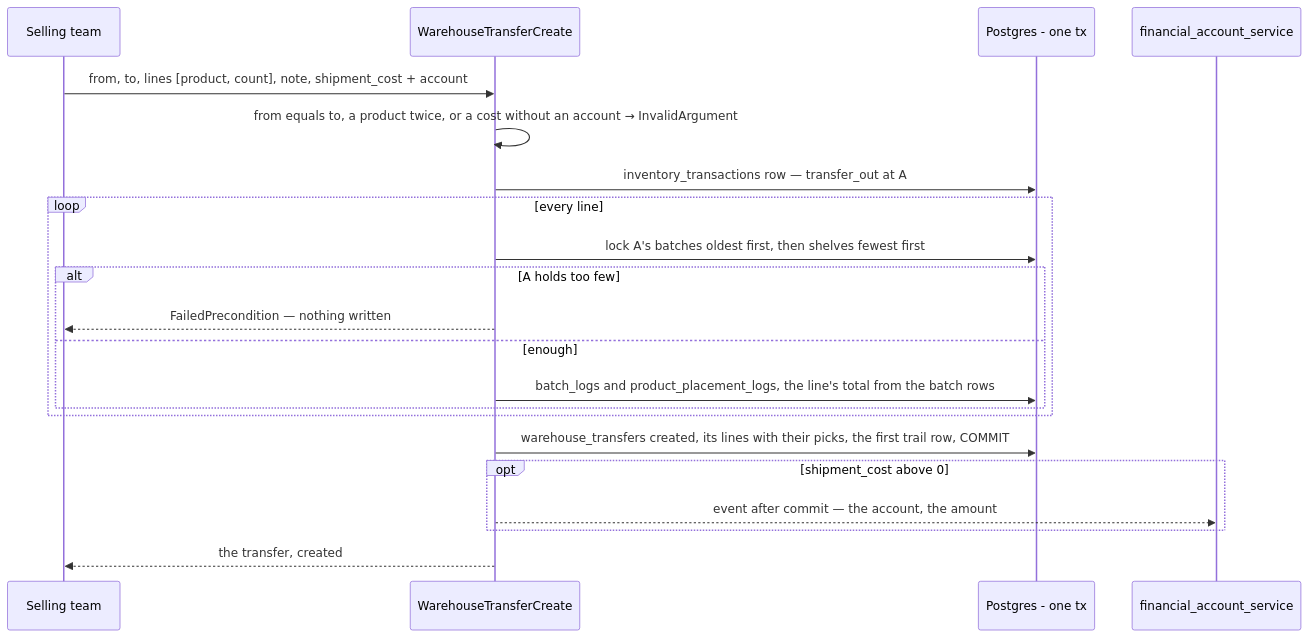
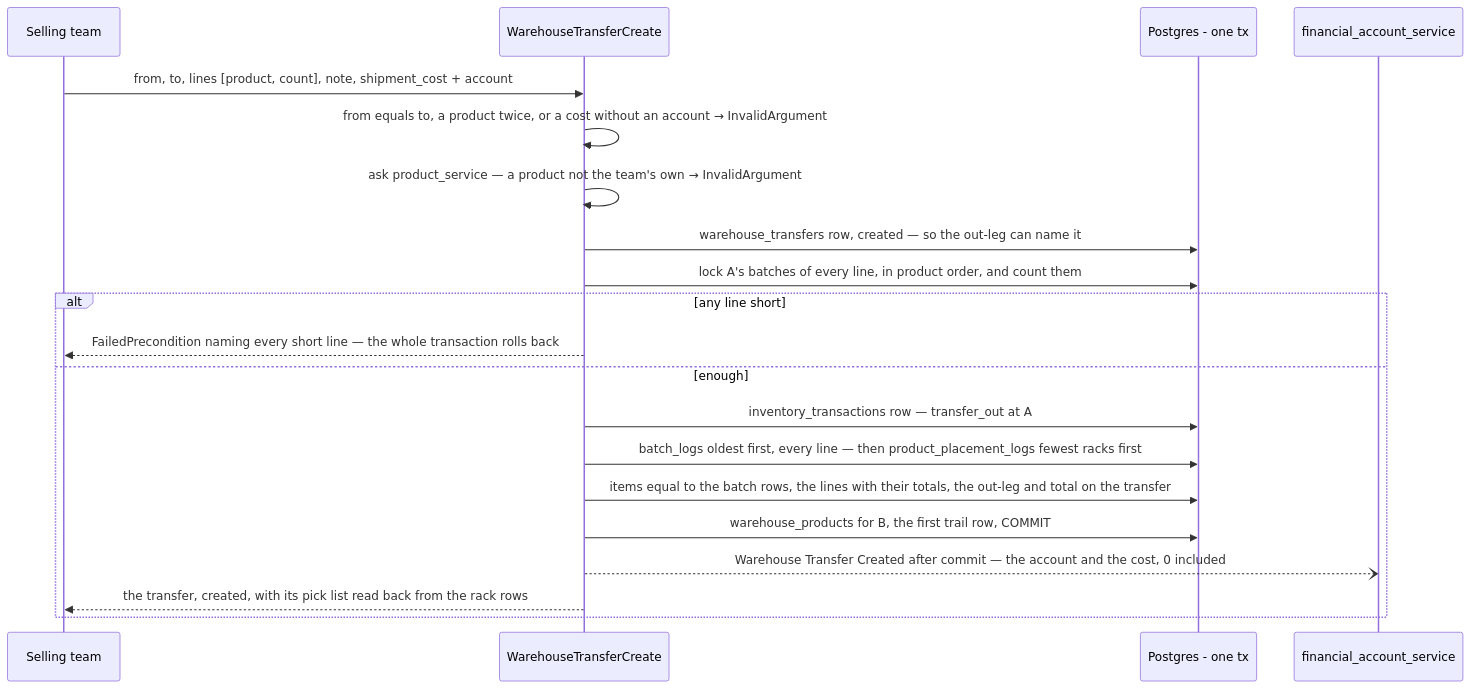
The seventh of 20 diagrams in docs/services/inventory_service/rpc.md (pdcgo/warehouse_revamp), drawn with Mermaid before and after one commit. The commit also changed other lines of this file and 313 other files, not shown here.

````diff
--- a/docs/services/inventory_service/rpc.md
+++ b/docs/services/inventory_service/rpc.md
@@ -210,24 +283,23 @@
 ```mermaid
 sequenceDiagram
     participant S as Selling team
     participant H as WarehouseTransferCreate
     participant DB as Postgres - one tx
     participant F as financial_account_service
 
     S->>H: from, to, lines [product, count], note, shipment_cost + account
     H->>H: from equals to, a product twice, or a cost without an account → InvalidArgument
-    H->>DB: inventory_transactions row — transfer_out at A
-    loop every line
-        H->>DB: lock A's batches oldest first, then shelves fewest first
-        alt A holds too few
-            H-->>S: FailedPrecondition — nothing written
-        else enough
-            H->>DB: batch_logs and product_placement_logs, the line's total from the batch rows
-        end
+    H->>H: ask product_service — a product not the team's own → InvalidArgument
+    H->>DB: warehouse_transfers row, created — so the out-leg can name it
+    H->>DB: lock A's batches of every line, in product order, and count them
+    alt any line short
+        H-->>S: FailedPrecondition naming every short line — the whole transaction rolls back
+    else enough
+        H->>DB: inventory_transactions row — transfer_out at A
+        H->>DB: batch_logs oldest first, every line — then product_placement_logs fewest racks first
+        H->>DB: items equal to the batch rows, the lines with their totals, the out-leg and total on the transfer
+        H->>DB: warehouse_products for B, the first trail row, COMMIT
+        H--)F: Warehouse Transfer Created after commit — the account and the cost, 0 included
+        H-->>S: the transfer, created, with its pick list read back from the rack rows
     end
-    H->>DB: warehouse_transfers created, its lines with their picks, the first trail row, COMMIT
-    opt shipment_cost above 0
-        H-->>F: event after commit — the account, the amount
-    end
-    H-->>S: the transfer, created
 ```
````
